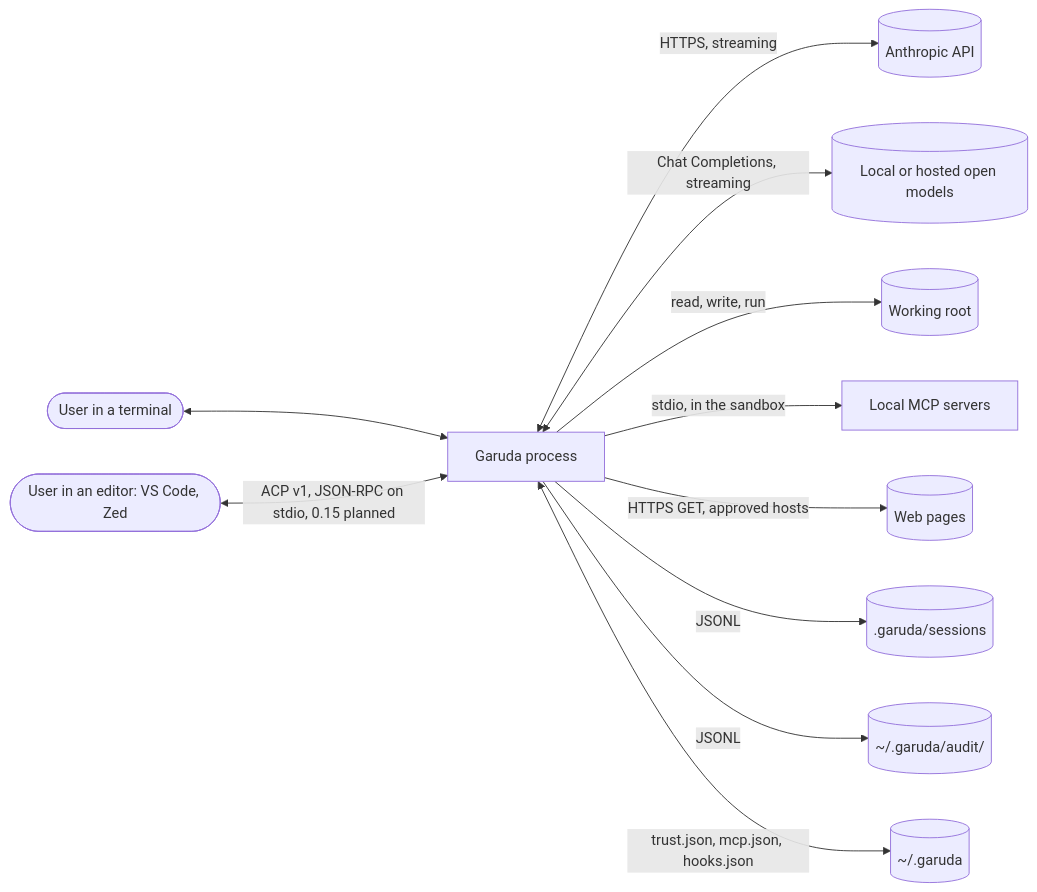
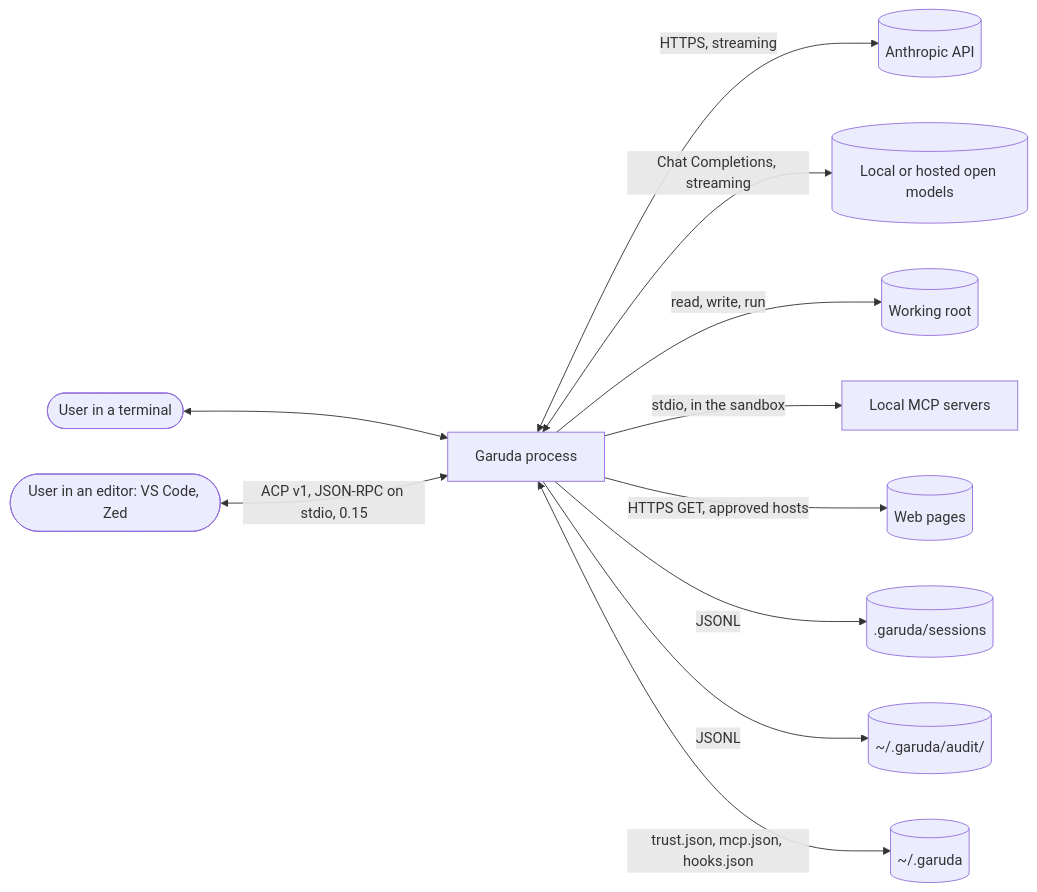
The first of 3 diagrams in docs/architecture.md (madhu-sv/garuda), drawn with Mermaid before and after one commit. The commit also changed other lines of this file and 25 other files, not shown here.

````diff
--- a/docs/architecture.md
+++ b/docs/architecture.md
@@ -12,13 +12,13 @@
 ```mermaid
 flowchart LR
   user([User in a terminal]) <--> garuda[Garuda process]
-  editor([User in an editor: VS Code, Zed]) <-->|ACP v1, JSON-RPC on stdio, 0.15 planned| garuda
+  editor([User in an editor: VS Code, Zed]) <-->|ACP v1, JSON-RPC on stdio, 0.15| garuda
   garuda <-->|HTTPS, streaming| api[(Anthropic API)]
   garuda <-->|Chat Completions, streaming| oss[(Local or hosted open models)]
   garuda -->|read, write, run| repo[(Working root)]
   garuda -->|stdio, in the sandbox| mcp[Local MCP servers]
   garuda -->|HTTPS GET, approved hosts| web[(Web pages)]
   garuda -->|JSONL| sessions[(.garuda/sessions)]
   garuda -->|JSONL| audit[(~/.garuda/audit/)]
   garuda <-->|trust.json, mcp.json, hooks.json| home[(~/.garuda)]
 ```
````
